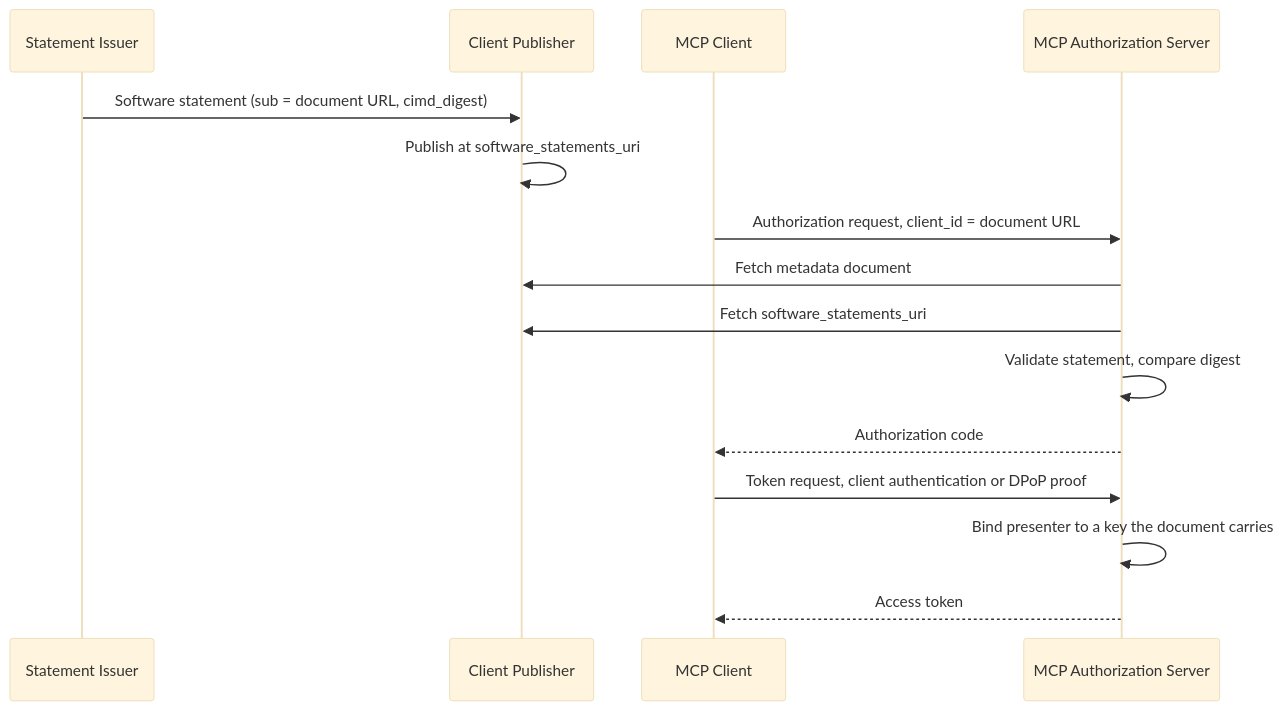
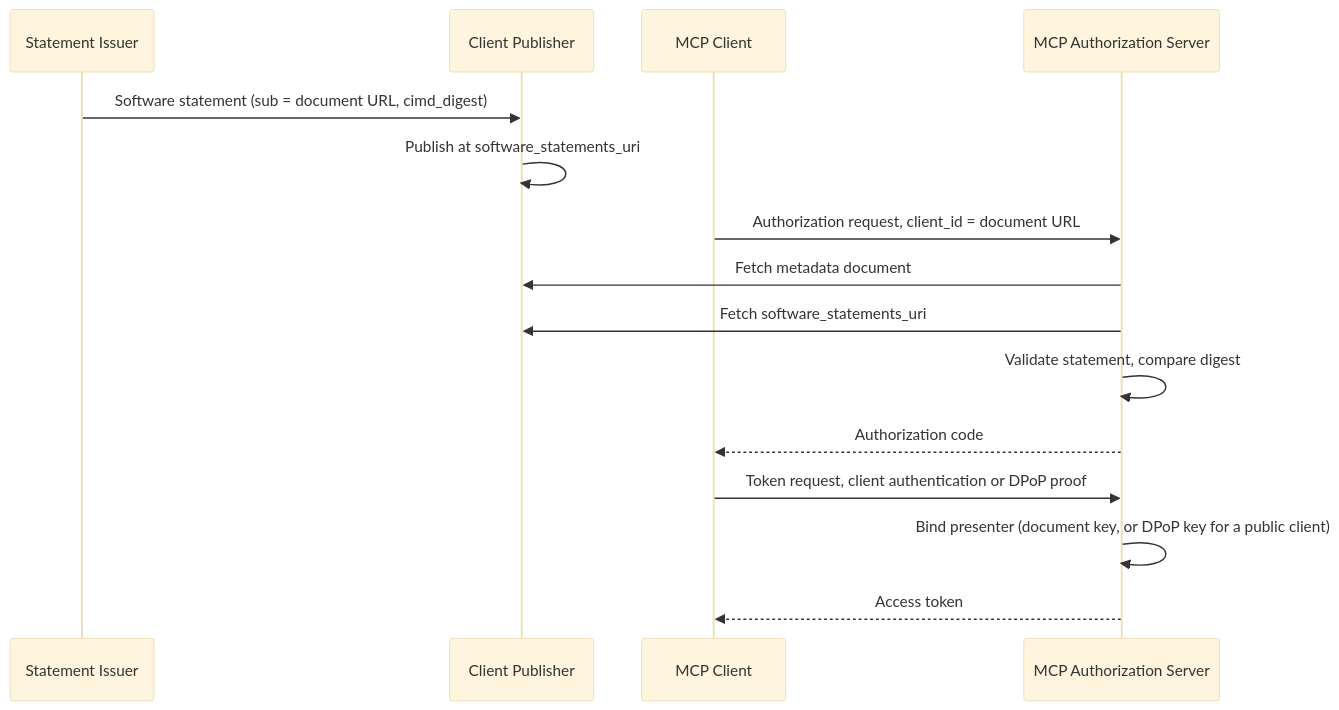
The diagram in mcp/reviewed-client-software.mdx (mcguinness/draft-mcguinness-oauth-cimd-sw-stmt), drawn with Mermaid (base theme) before and after one commit. The commit also changed other lines of this file, not shown here.

First line of the commit message:
Match the MCP profile to the core's public-client rule

````diff
--- a/mcp/reviewed-client-software.mdx
+++ b/mcp/reviewed-client-software.mdx
@@ -48,17 +48,17 @@
 ```mermaid
 sequenceDiagram
     participant I as Statement Issuer
     participant P as Client Publisher
     participant C as MCP Client
     participant AS as MCP Authorization Server
     I->>P: Software statement (sub = document URL, cimd_digest)
     P->>P: Publish at software_statements_uri
     C->>AS: Authorization request, client_id = document URL
     AS->>P: Fetch metadata document
     AS->>P: Fetch software_statements_uri
     AS->>AS: Validate statement, compare digest
     AS-->>C: Authorization code
     C->>AS: Token request, client authentication or DPoP proof
-    AS->>AS: Bind presenter to a key the document carries
+    AS->>AS: Bind presenter (document key, or DPoP key for a public client)
     AS-->>C: Access token
 ```
````
